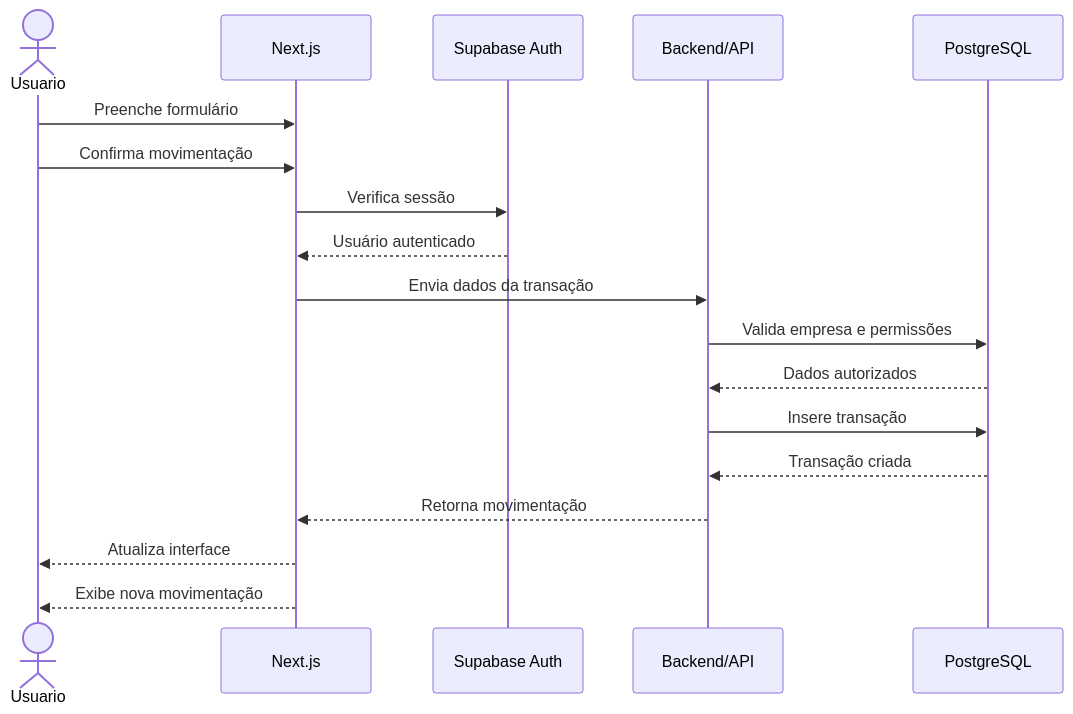
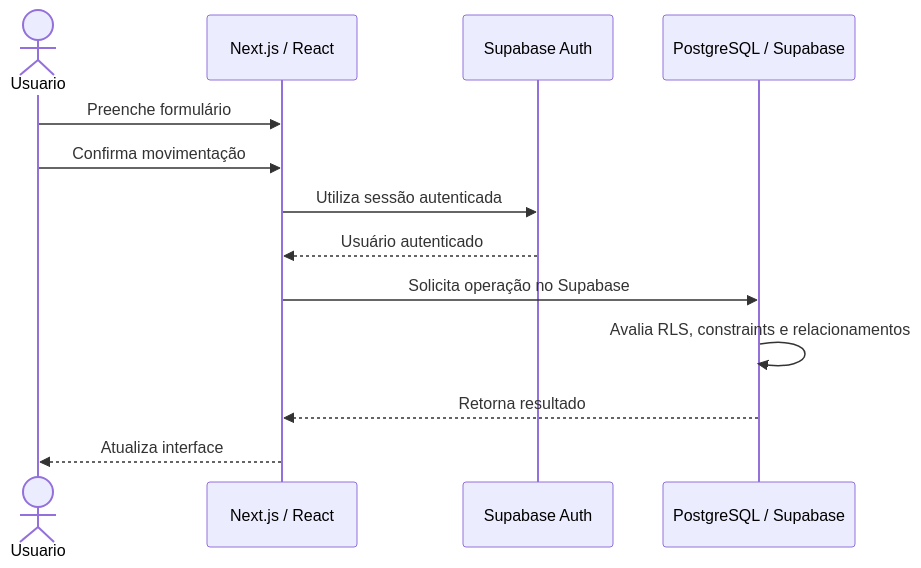
The third of 6 diagrams in README.md (Rayck4dev/MetricsFlow_AI), drawn with Mermaid before and after one commit. The commit also changed other lines of this file and 1 other file, not shown here.

````diff
--- a/README.md
+++ b/README.md
@@ -792,28 +794,16 @@
 ```mermaid
 sequenceDiagram
-
     actor Usuario
-    participant Frontend as Next.js
+    participant Frontend as Next.js / React
     participant Auth as Supabase Auth
-    participant API as Backend/API
-    participant DB as PostgreSQL
+    participant DB as PostgreSQL / Supabase
 
     Usuario->>Frontend: Preenche formulário
     Usuario->>Frontend: Confirma movimentação
-
-    Frontend->>Auth: Verifica sessão
+    Frontend->>Auth: Utiliza sessão autenticada
     Auth-->>Frontend: Usuário autenticado
-
-    Frontend->>API: Envia dados da transação
-
-    API->>DB: Valida empresa e permissões
-    DB-->>API: Dados autorizados
-
-    API->>DB: Insere transação
-    DB-->>API: Transação criada
-
-    API-->>Frontend: Retorna movimentação
-
+    Frontend->>DB: Solicita operação no Supabase
+    DB->>DB: Avalia RLS, constraints e relacionamentos
+    DB-->>Frontend: Retorna resultado
     Frontend-->>Usuario: Atualiza interface
-    Frontend-->>Usuario: Exibe nova movimentação
 ```
````
